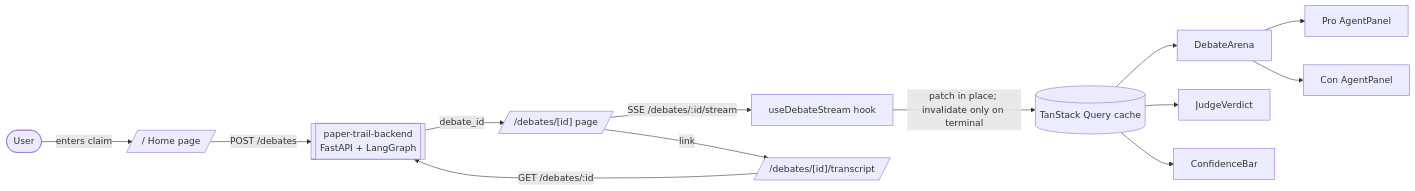
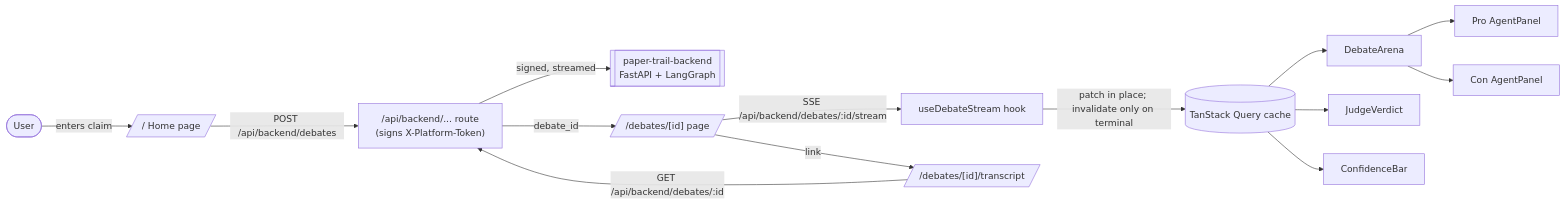
Before and after one commit to Abdul-Muizz1310/paper-trail-frontend: the first of 3 diagrams in docs/ARCHITECTURE.md, drawn with Mermaid. The commit also changed other lines of this file and 36 other files, not shown here.

First line of the commit message:
feat(api): proxy backend calls with a signed platform token

````diff
--- a/docs/ARCHITECTURE.md
+++ b/docs/ARCHITECTURE.md
@@ -5,15 +5,16 @@
 ```mermaid
 flowchart LR
     User([User]) -->|enters claim| Home[/"/" Home page/]
-    Home -->|POST /debates| API[[paper-trail-backend<br/>FastAPI + LangGraph]]
-    API -->|debate_id| DebatePage[/"/debates/[id]" page/]
-    DebatePage -->|SSE /debates/:id/stream| Hook[useDebateStream hook]
+    Home -->|POST /api/backend/debates| Proxy["/api/backend/... route<br/>(signs X-Platform-Token)"]
+    Proxy -->|signed, streamed| API[[paper-trail-backend<br/>FastAPI + LangGraph]]
+    Proxy -->|debate_id| DebatePage[/"/debates/[id]" page/]
+    DebatePage -->|SSE /api/backend/debates/:id/stream| Hook[useDebateStream hook]
     Hook -->|patch in place; invalidate only on terminal| Query[(TanStack Query cache)]
     Query --> Arena[DebateArena]
     Arena --> ProPanel[Pro AgentPanel]
     Arena --> ConPanel[Con AgentPanel]
     Query --> Verdict[JudgeVerdict]
     Query --> Confidence[ConfidenceBar]
     DebatePage -->|link| Transcript[/"/debates/[id]/transcript"/]
-    Transcript -->|GET /debates/:id| API
+    Transcript -->|GET /api/backend/debates/:id| Proxy
 ```
````
